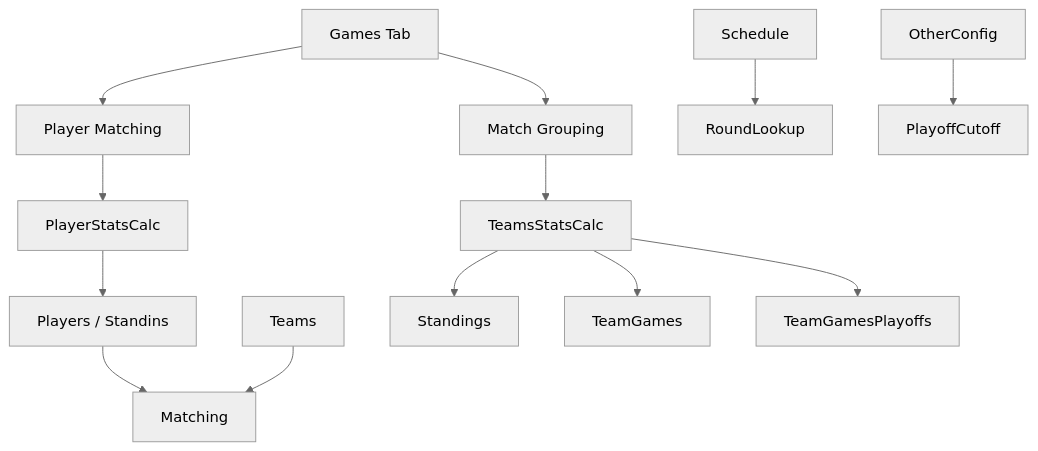
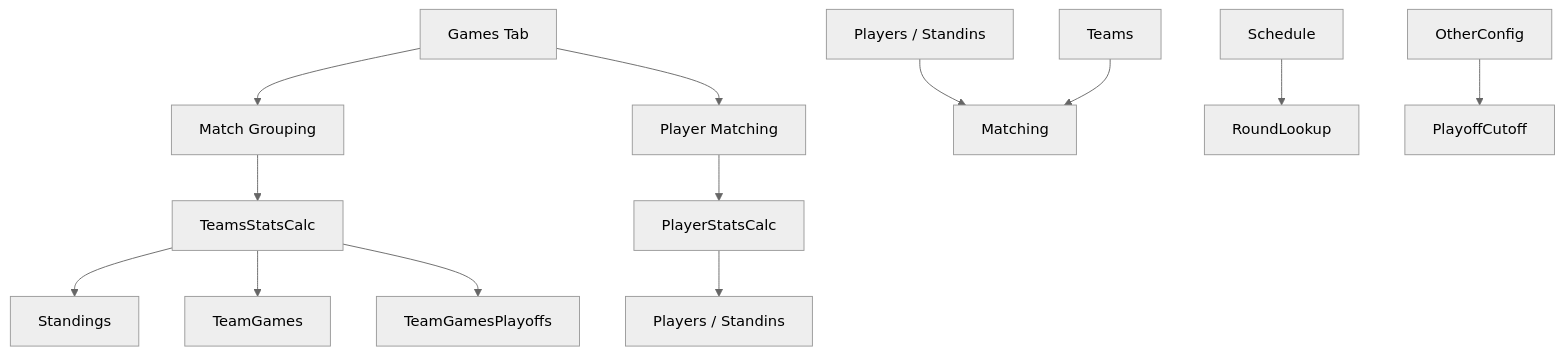
Before and after one commit to kindzal/qw-tourney-management: the second of 2 diagrams in README.md, drawn with Mermaid (neutral theme).

Commit message:
- README.md fixes

````diff
--- a/README.md
+++ b/README.md
@@ -105,22 +105,22 @@
 ```mermaid
 flowchart TD
   Games[Games Tab]
   Players[Players / Standins]
   Teams[Teams]
   Schedule[Schedule]
   Config[OtherConfig]
 
   Games --> Match[Match Grouping]
   Games --> Ranking[Player Matching]
   Players --> Matching
   Teams --> Matching
   Schedule --> RoundLookup
   Config --> PlayoffCutoff
 
   Match --> TeamsStatsCalc
   Ranking --> PlayerStatsCalc
   TeamsStatsCalc --> Standings
   TeamsStatsCalc --> TeamGames
   TeamsStatsCalc --> TeamGamesPlayoffs
-  PlayerStatsCalc --> Players
+  PlayerStatsCalc --> Rank[Players / Standins]
 ```
````
